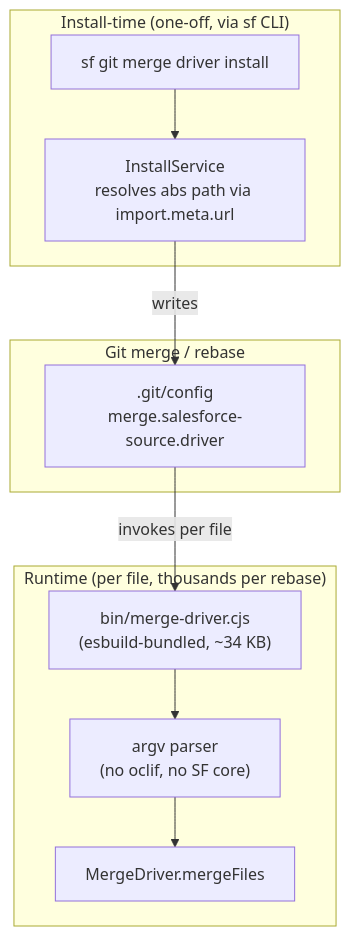
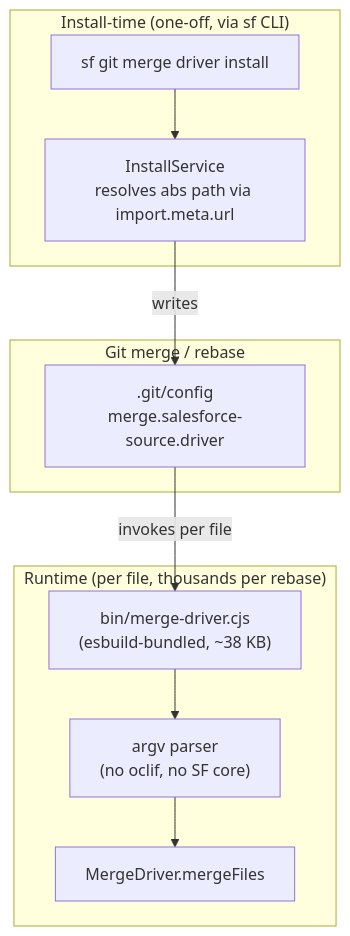
The fifth of 8 diagrams in DESIGN.md (scolladon/sf-git-merge-driver), drawn with Mermaid before and after one commit. The commit also changed other lines of this file and 55 other files, not shown here.

````diff
--- a/DESIGN.md
+++ b/DESIGN.md
@@ -217,21 +217,21 @@
 ```mermaid
 flowchart TD
     subgraph Git["Git merge / rebase"]
         GitCfg[".git/config<br/>merge.salesforce-source.driver"]
     end
 
     subgraph Install["Install-time (one-off, via sf CLI)"]
         SfInstall["sf git merge driver install"]
         InstallSvc["InstallService<br/>resolves abs path via import.meta.url"]
     end
 
     subgraph Runtime["Runtime (per file, thousands per rebase)"]
-        Binary["bin/merge-driver.cjs<br/>(esbuild-bundled, ~34 KB)"]
+        Binary["bin/merge-driver.cjs<br/>(esbuild-bundled, ~38 KB)"]
         ArgvParser["argv parser<br/>(no oclif, no SF core)"]
         MD["MergeDriver.mergeFiles"]
     end
 
     SfInstall --> InstallSvc -->|writes| GitCfg
     GitCfg -->|invokes per file| Binary
     Binary --> ArgvParser --> MD
 ```
````
